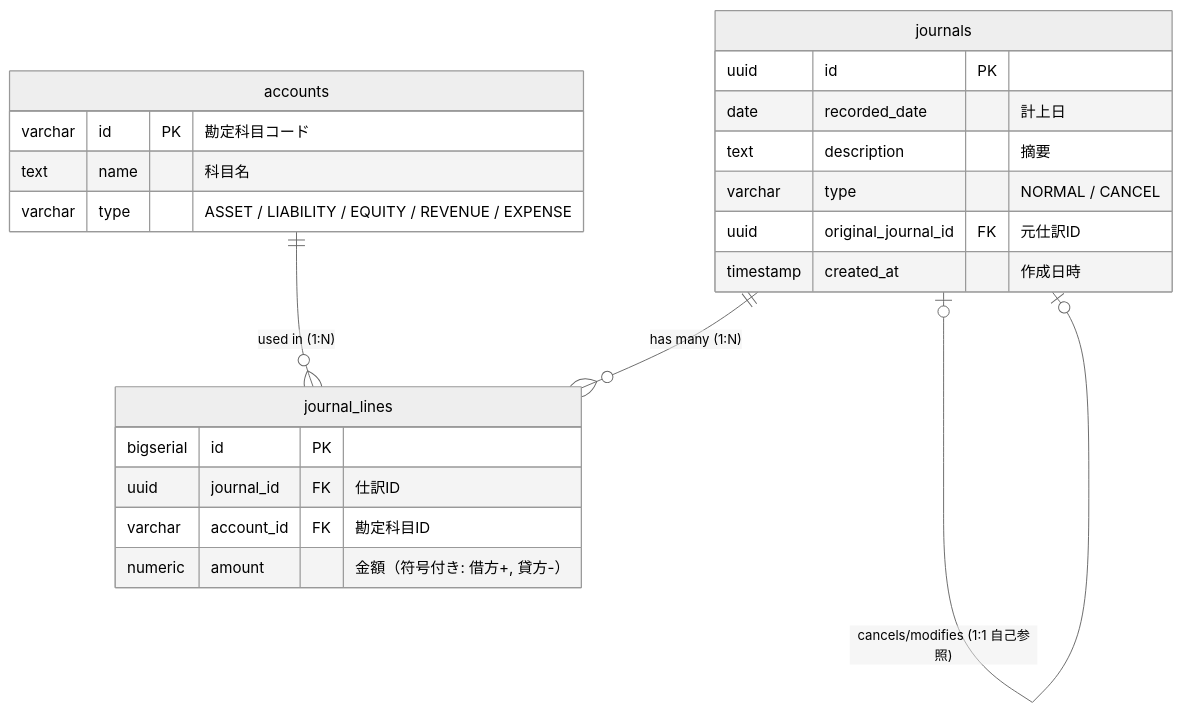
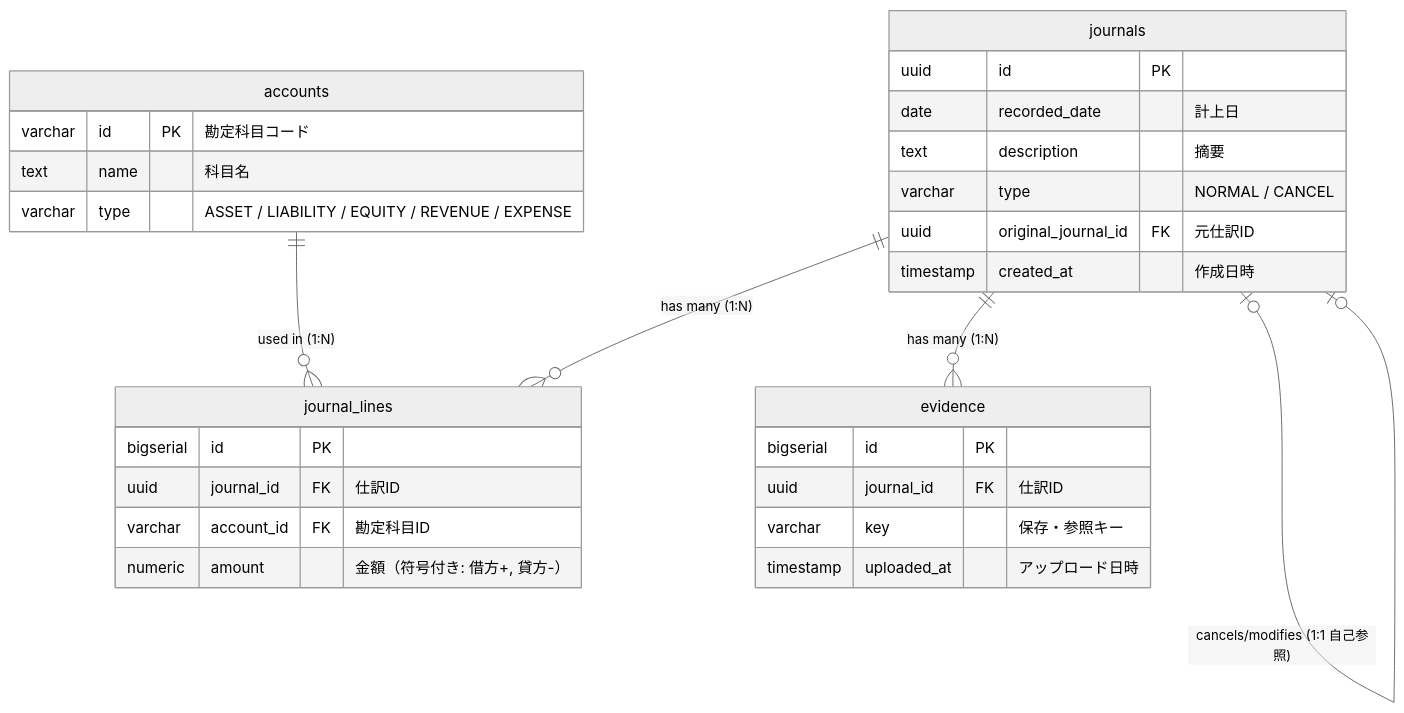
Before and after one commit to akihirotakeda1111/journal-app: the diagram in README.md, drawn with Mermaid (neutral theme).

Commit message:
update(README):ER修正

````diff
--- a/README.md
+++ b/README.md
@@ -3,28 +3,37 @@
 ```mermaid
 erDiagram
     journals ||--o{ journal_lines : "has many (1:N)"
+    journals ||--o{ evidence : "has many (1:N)"
     journals |o--o| journals : "cancels/modifies (1:1 自己参照)"
     accounts ||--o{ journal_lines : "used in (1:N)"
+
 
     journals {
         uuid id PK
         date recorded_date "計上日"
         text description "摘要"
         varchar type "NORMAL / CANCEL"
         uuid original_journal_id FK "元仕訳ID"
         timestamp created_at "作成日時"
     }
 
     journal_lines {
         bigserial id PK
         uuid journal_id FK "仕訳ID"
         varchar account_id FK "勘定科目ID"
         numeric amount "金額（符号付き: 借方+, 貸方-）"
     }
 
+    evidence {
+        bigserial id PK
+        uuid journal_id FK "仕訳ID"
+        varchar key "保存・参照キー"
+        timestamp uploaded_at "アップロード日時"
+    }
+
     accounts {
         varchar id PK "勘定科目コード"
         text name "科目名"
         varchar type "ASSET / LIABILITY / EQUITY / REVENUE / EXPENSE"
     }
 ```
````
